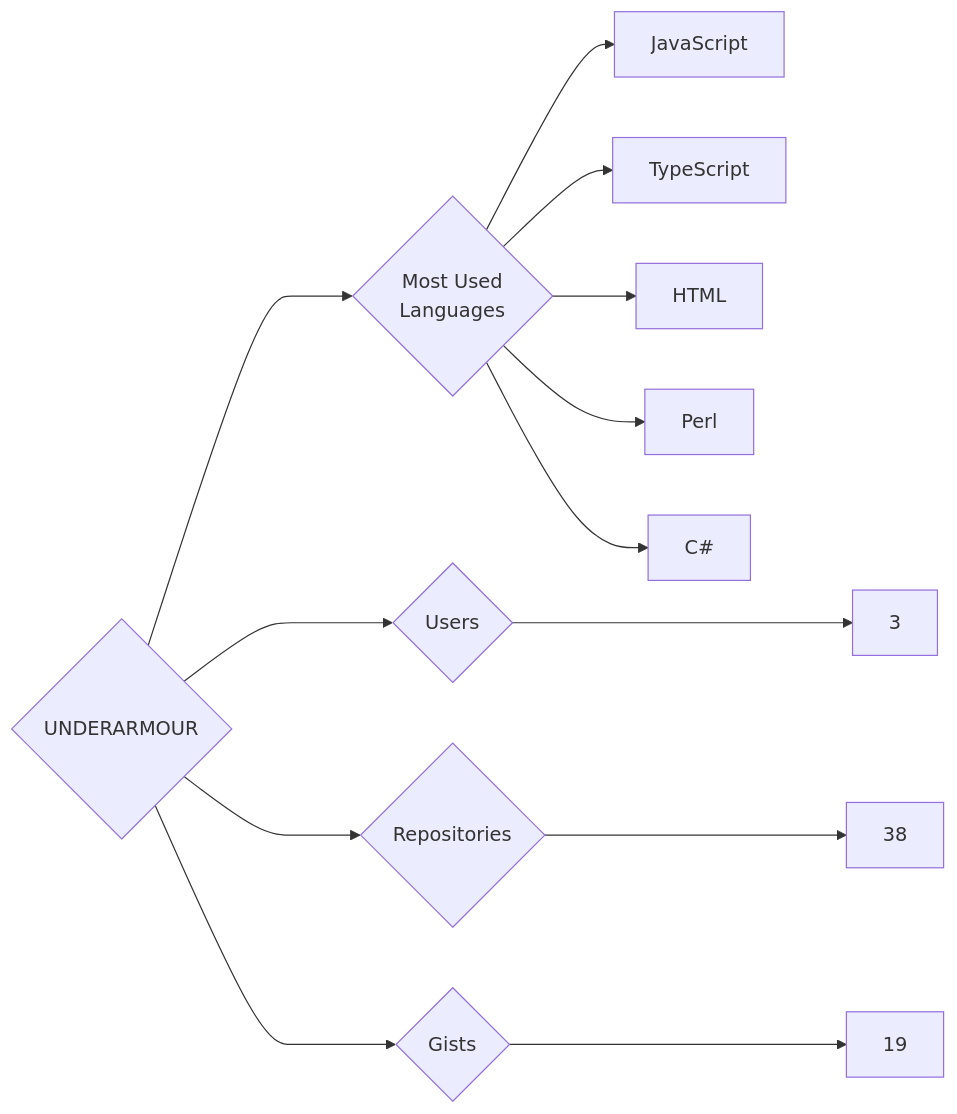
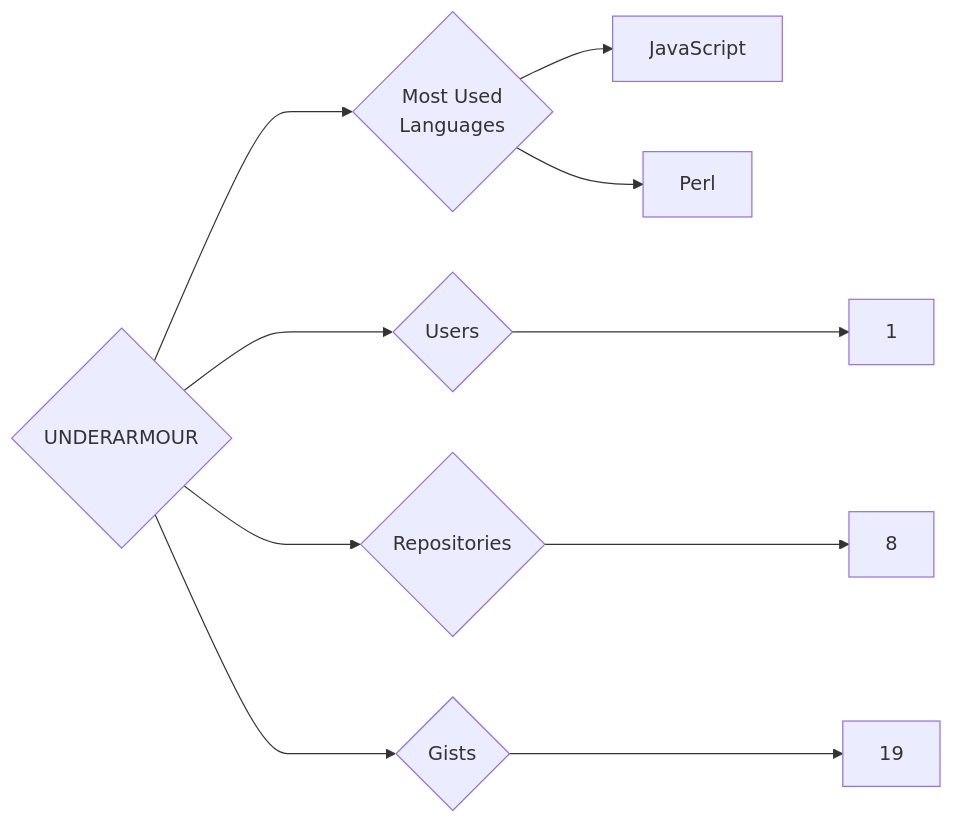
The diagram in targets/UNDERARMOUR/README.md (trickest/insiders), drawn with Mermaid before and after one commit. The commit also changed 928 other files, not shown here.

````diff
--- a/targets/UNDERARMOUR/README.md
+++ b/targets/UNDERARMOUR/README.md
@@ -3,13 +3,10 @@
 ```mermaid
 graph LR
 COMPANY_NAME{UNDERARMOUR}
-COMPANY_NAME ---> U{Users} ---> UN[3]
-COMPANY_NAME ---> R{Repositories} ---> RN[38]
+COMPANY_NAME ---> U{Users} ---> UN[1]
+COMPANY_NAME ---> R{Repositories} ---> RN[8]
 COMPANY_NAME ---> G{Gists} ---> GN[19]
 COMPANY_NAME ---> ML{Most Used<br>Languages}
 ML --> JavaScript[JavaScript]
-ML --> TypeScript[TypeScript]
-ML --> HTML[HTML]
 ML --> Perl[Perl]
-ML --> C#[C#]
 ```
````
